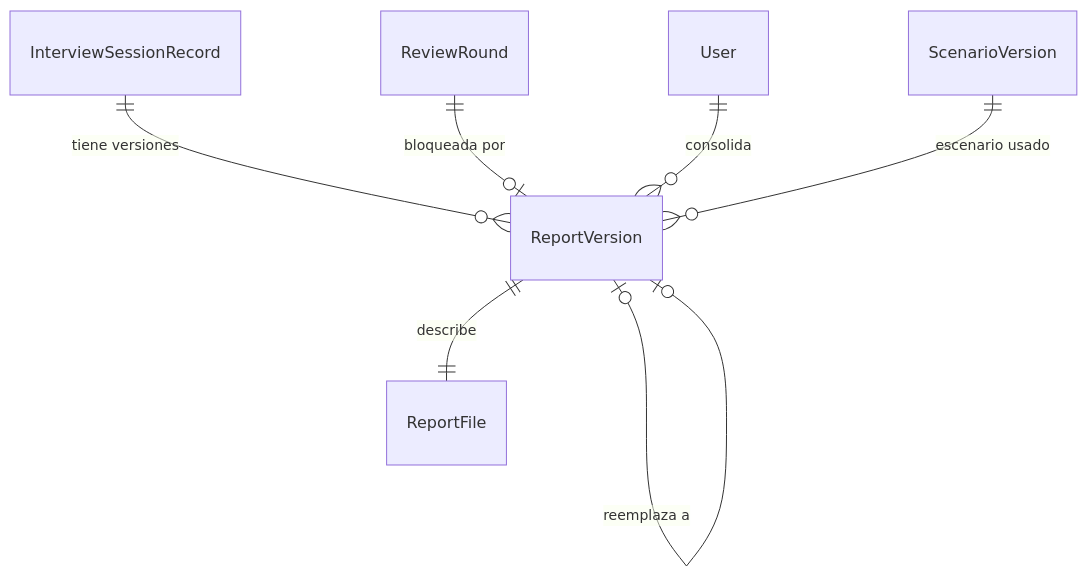
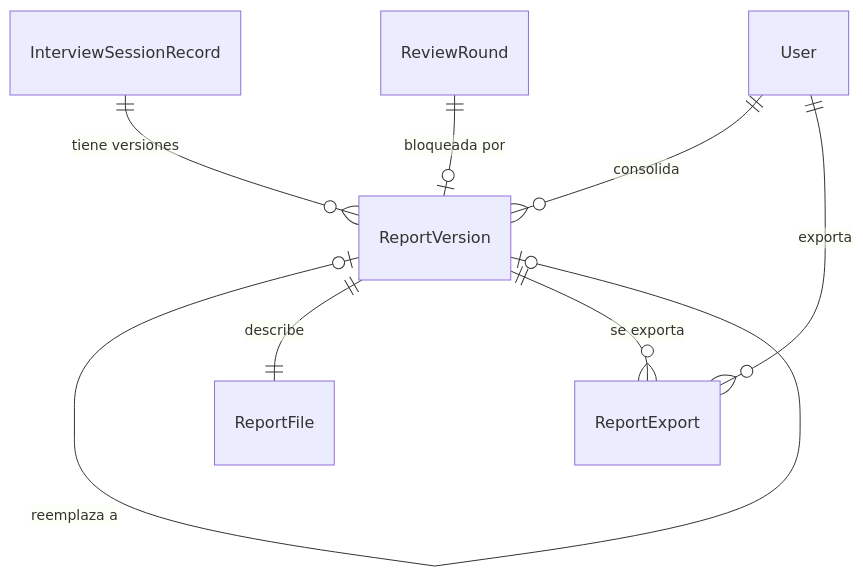
One commit to freyesJaveriana/tai changed the third of 3 diagrams in aidlc/spaces/default/intents/261002-veridicus-mvp/construction/forensic-report/functional-design/functional-spec.md. Above: the diagram before and after it, drawn with Mermaid. The commit also changed other lines of this file and 7 other files, not shown here.

````diff
--- a/aidlc/spaces/default/intents/261002-veridicus-mvp/construction/forensic-report/functional-design/functional-spec.md
+++ b/aidlc/spaces/default/intents/261002-veridicus-mvp/construction/forensic-report/functional-design/functional-spec.md
@@ -186,9 +258,10 @@
 ```mermaid
 erDiagram
   InterviewSessionRecord ||--o{ ReportVersion : "tiene versiones"
   ReviewRound ||--o| ReportVersion : "bloqueada por"
   ReportVersion |o--o| ReportVersion : "reemplaza a"
   User ||--o{ ReportVersion : "consolida"
-  ScenarioVersion ||--o{ ReportVersion : "escenario usado"
   ReportVersion ||--|| ReportFile : "describe"
+  ReportVersion ||--o{ ReportExport : "se exporta"
+  User ||--o{ ReportExport : "exporta"
 ```
````
